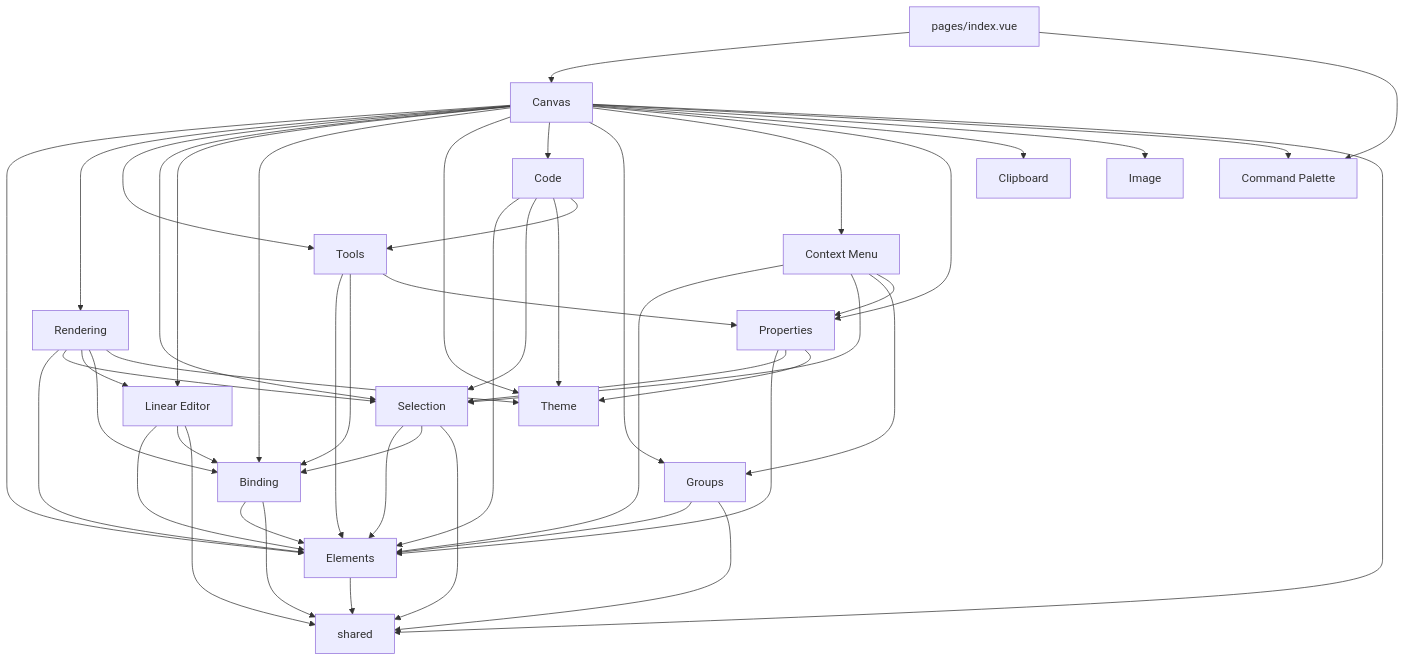
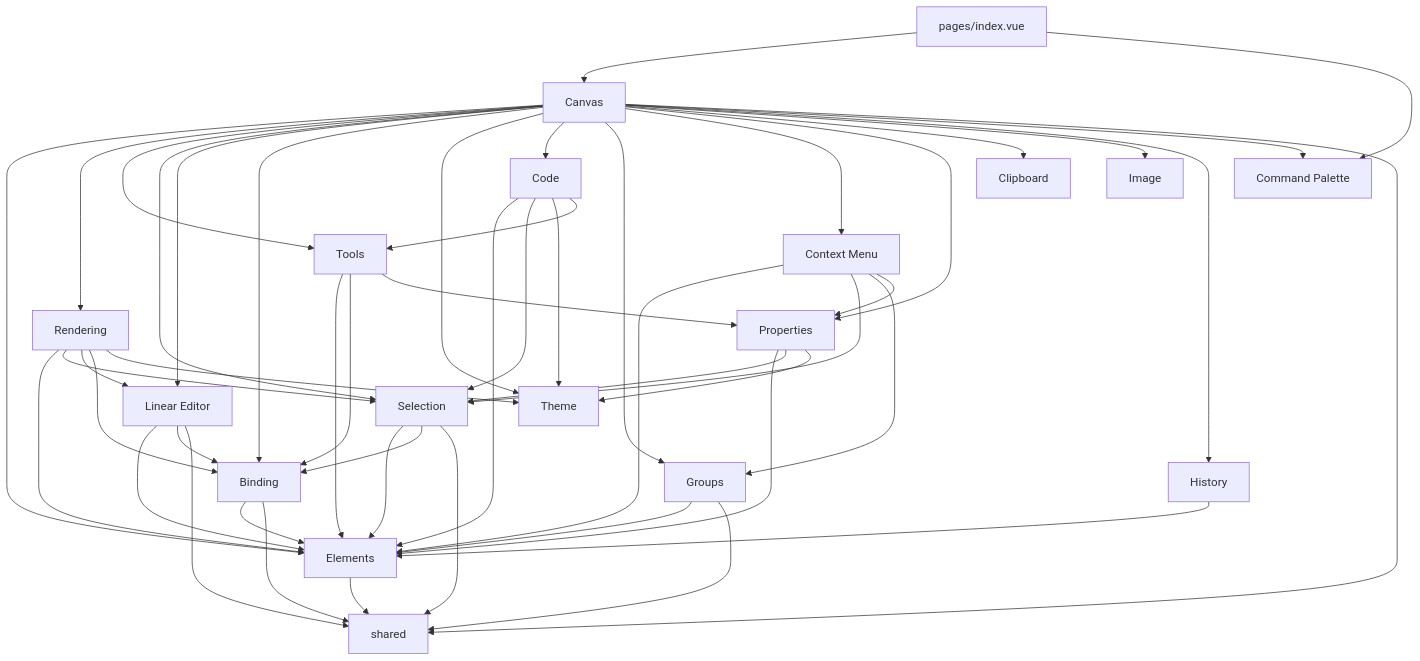
Before and after one commit to alexanderop/excalidrawNuxt: the diagram in docs/SYSTEM_KNOWLEDGE_MAP.md, drawn with Mermaid. The commit also changed other lines of this file and 25 other files, not shown here.

````diff
--- a/docs/SYSTEM_KNOWLEDGE_MAP.md
+++ b/docs/SYSTEM_KNOWLEDGE_MAP.md
@@ -29,61 +30,64 @@
 ```mermaid
 graph TD
     Pages[pages/index.vue] --> Canvas
     Canvas --> Elements
     Canvas --> Rendering
     Canvas --> Tools
     Canvas --> Selection
     Canvas --> LinearEditor[Linear Editor]
     Canvas --> Binding
     Canvas --> Theme
     Canvas --> Code
     Canvas --> Groups
     Canvas --> ContextMenu[Context Menu]
     Canvas --> Properties
     Canvas --> Clipboard
     Canvas --> Image
+    Canvas --> History
     Canvas --> CommandPalette[Command Palette]
+
+    History --> Elements
 
     ContextMenu --> Elements
     ContextMenu --> Selection
     ContextMenu --> Groups
     ContextMenu --> Properties
 
     Properties --> Elements
     Properties --> Selection
     Properties --> Theme
 
     Tools --> Elements
     Tools --> Binding
     Tools --> Properties
 
     Code --> Elements
     Code --> Selection
     Code --> Theme
     Code --> Tools
 
     Rendering --> Elements
     Rendering --> Selection
     Rendering --> LinearEditor
     Rendering --> Binding
     Rendering --> Theme
 
     Selection --> Elements
     Selection --> Binding
 
     LinearEditor --> Elements
     LinearEditor --> Binding
 
     Binding --> Elements
 
     Groups --> Elements
 
     Pages --> CommandPalette
 
     Elements --> shared
     Canvas --> shared
     Selection --> shared
     LinearEditor --> shared
     Binding --> shared
     Groups --> shared
 ```
````
